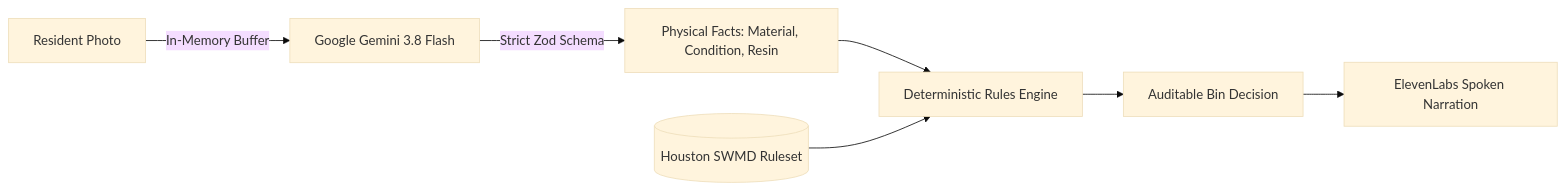
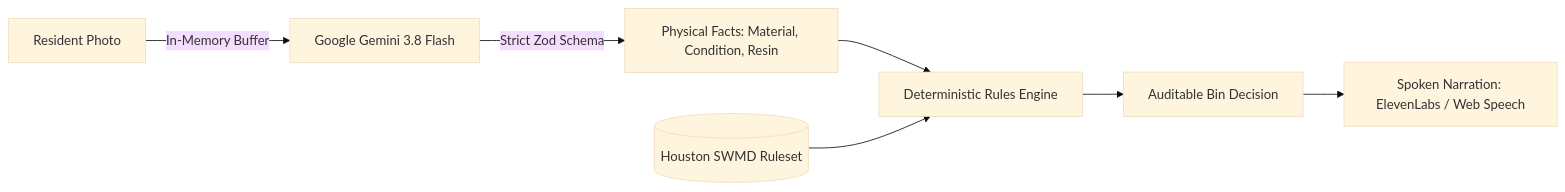
Before and after one commit to devprashant19/BinBuddy: the diagram in README.md, drawn with Mermaid (base theme). The commit also changed other lines of this file and 25 other files, not shown here.

````diff
--- a/README.md
+++ b/README.md
@@ -17,9 +17,9 @@
 ```mermaid
 graph LR
     Camera[Resident Photo] -->|In-Memory Buffer| Gemini[Google Gemini 3.8 Flash]
     Gemini -->|Strict Zod Schema| Facts[Physical Facts: Material, Condition, Resin]
     Facts --> Engine[Deterministic Rules Engine]
     CityRules[(Houston SWMD Ruleset)] --> Engine
     Engine --> Output[Auditable Bin Decision]
-    Output --> Audio[ElevenLabs Spoken Narration]
+    Output --> Audio[Spoken Narration: ElevenLabs / Web Speech]
 ```
````
